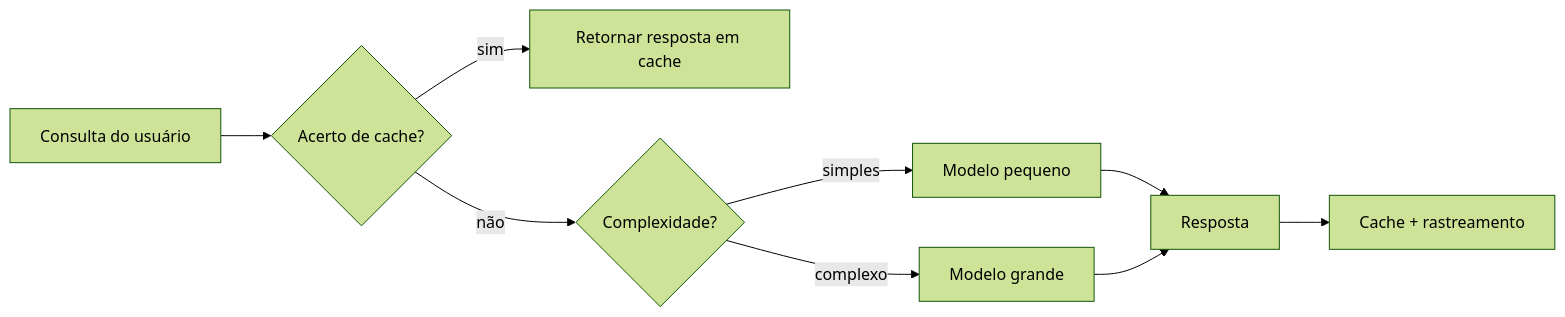
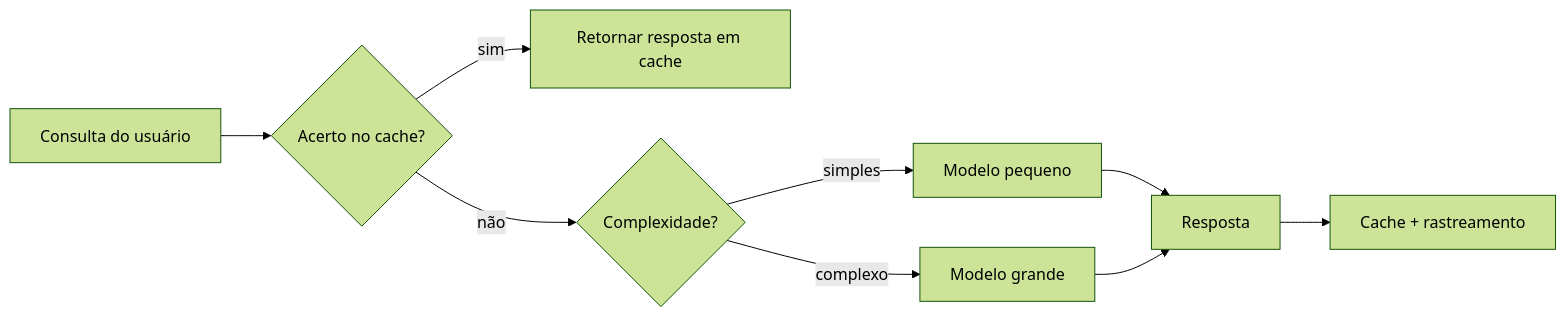
The third of 4 diagrams in mirrors/repos/microsoft@ai-agents-for-beginners/translations/pt-BR/16-deploying-scalable-agents/README.md (gabrielmoreira/agent-skills-mirror), drawn with Mermaid (forest theme) before and after one commit. The commit also changed other lines of this file and 3581 other files, not shown here.

````diff
--- a/mirrors/repos/microsoft@ai-agents-for-beginners/translations/pt-BR/16-deploying-scalable-agents/README.md
+++ b/mirrors/repos/microsoft@ai-agents-for-beginners/translations/pt-BR/16-deploying-scalable-agents/README.md
@@ -134,11 +135,11 @@
 ```mermaid
 flowchart LR
-    Q[Consulta do usuário] --> C{Acerto de cache?}
+    Q[Consulta do usuário] --> C{Acerto no cache?}
     C -->|sim| R[Retornar resposta em cache]
     C -->|não| Router{Complexidade?}
     Router -->|simples| SLM[Modelo pequeno]
     Router -->|complexo| LLM[Modelo grande]
     SLM --> Out[Resposta]
     LLM --> Out
     Out --> Store[Cache + rastreamento]
 ```
````
